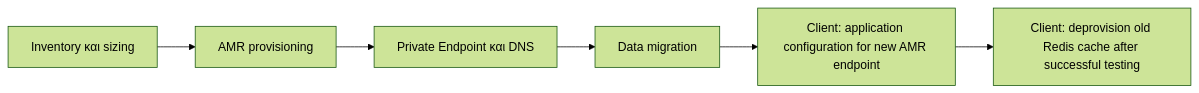
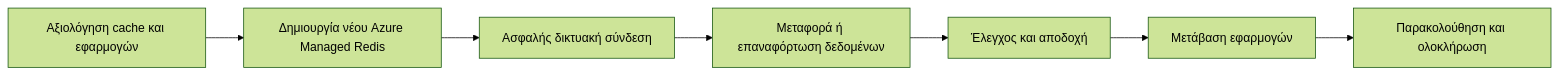
Before and after one commit to ddimitrakopoulos/azure-managed-redis: the diagram in FINAL_SHORT.md, drawn with Mermaid (forest theme). The commit also changed other lines of this file, not shown here.

Commit message:
Present Redis migration plan for partners

````diff
--- a/FINAL_SHORT.md
+++ b/FINAL_SHORT.md
@@ -12,8 +20,9 @@
 ```mermaid
 flowchart LR
-    A[Inventory και sizing] --> B[AMR provisioning]
-    B --> C[Private Endpoint και DNS]
-    C --> D[Data migration]
-    D --> E[Client: application configuration for new AMR endpoint]
-    E --> F[Client: deprovision old Redis cache after successful testing]
+    A[Αξιολόγηση cache και εφαρμογών] --> B[Δημιουργία νέου Azure Managed Redis]
+    B --> C[Ασφαλής δικτυακή σύνδεση]
+    C --> D[Μεταφορά ή επαναφόρτωση δεδομένων]
+    D --> E[Έλεγχος και αποδοχή]
+    E --> F[Μετάβαση εφαρμογών]
+    F --> G[Παρακολούθηση και ολοκλήρωση]
 ```
````
